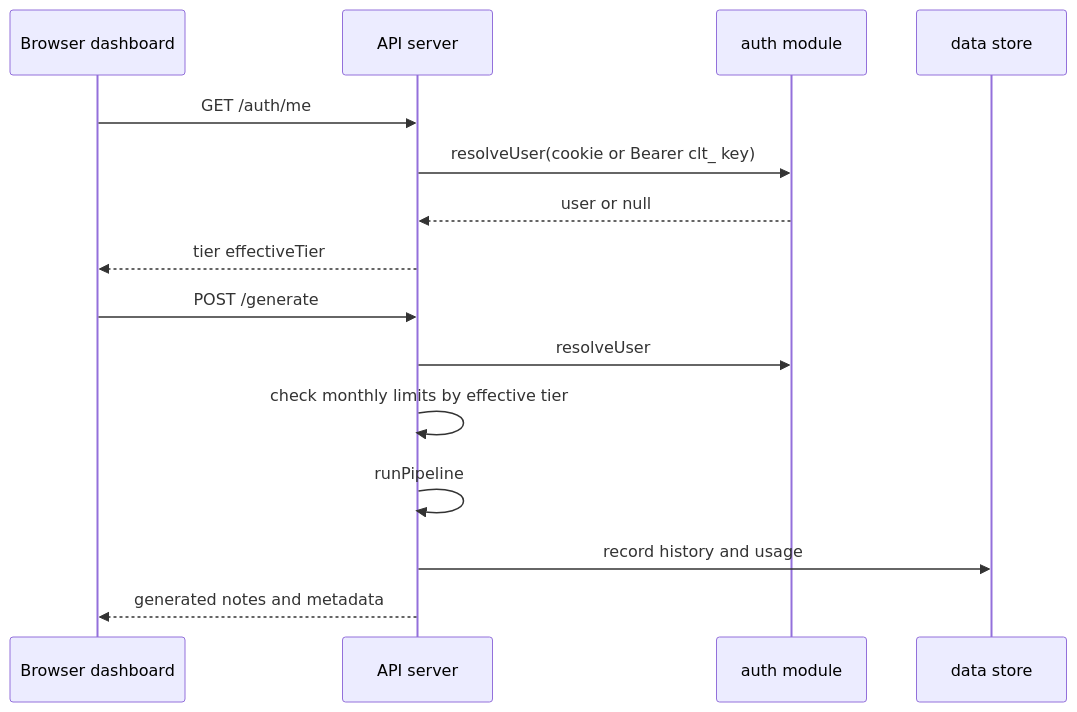
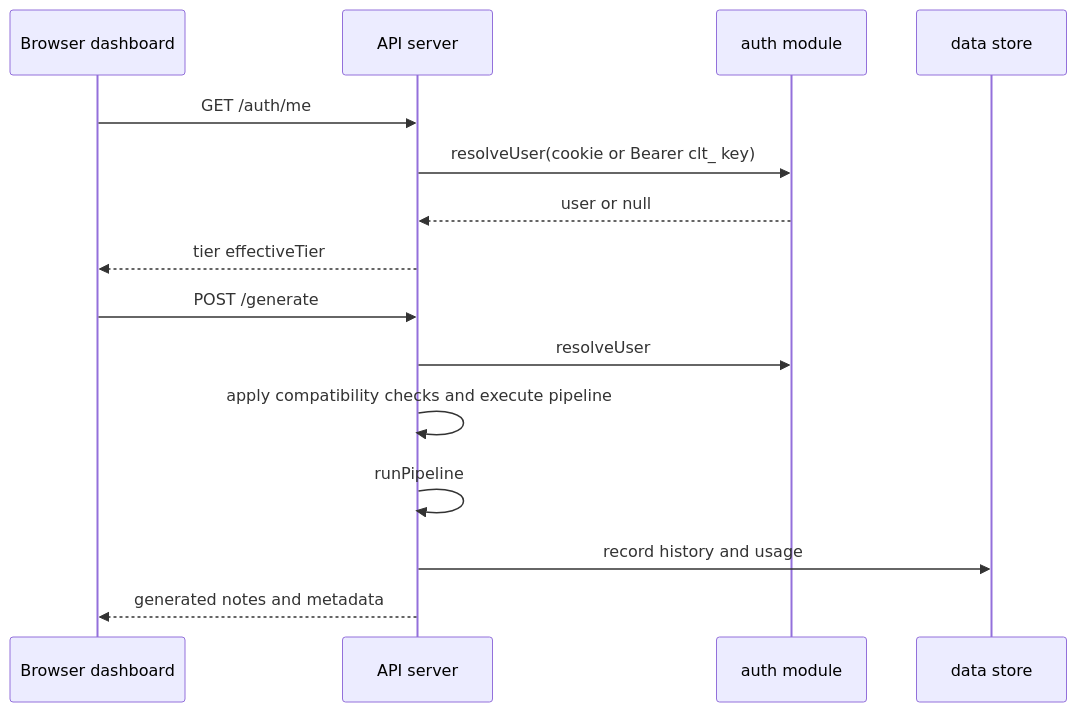
The fifth of 6 diagrams in architecture-docs/ARCHITECTURE_INTERNAL.md (actions-marketplace-validations/mttaylor_cullit), drawn with Mermaid before and after one commit. The commit also changed other lines of this file and 66 other files, not shown here.

````diff
--- a/architecture-docs/ARCHITECTURE_INTERNAL.md
+++ b/architecture-docs/ARCHITECTURE_INTERNAL.md
@@ -111,19 +105,19 @@
 ```mermaid
 sequenceDiagram
   participant B as Browser dashboard
   participant A as API server
   participant AU as auth module
   participant DB as data store
 
   B->>A: GET /auth/me
   A->>AU: resolveUser(cookie or Bearer clt_ key)
   AU-->>A: user or null
   A-->>B: tier effectiveTier
 
   B->>A: POST /generate
   A->>AU: resolveUser
-  A->>A: check monthly limits by effective tier
+  A->>A: apply compatibility checks and execute pipeline
   A->>A: runPipeline
   A->>DB: record history and usage
   A-->>B: generated notes and metadata
 ```
````
